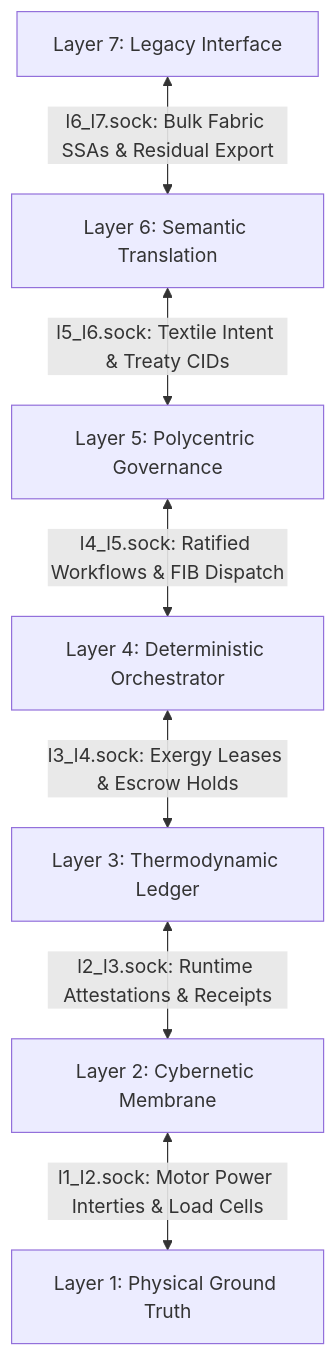
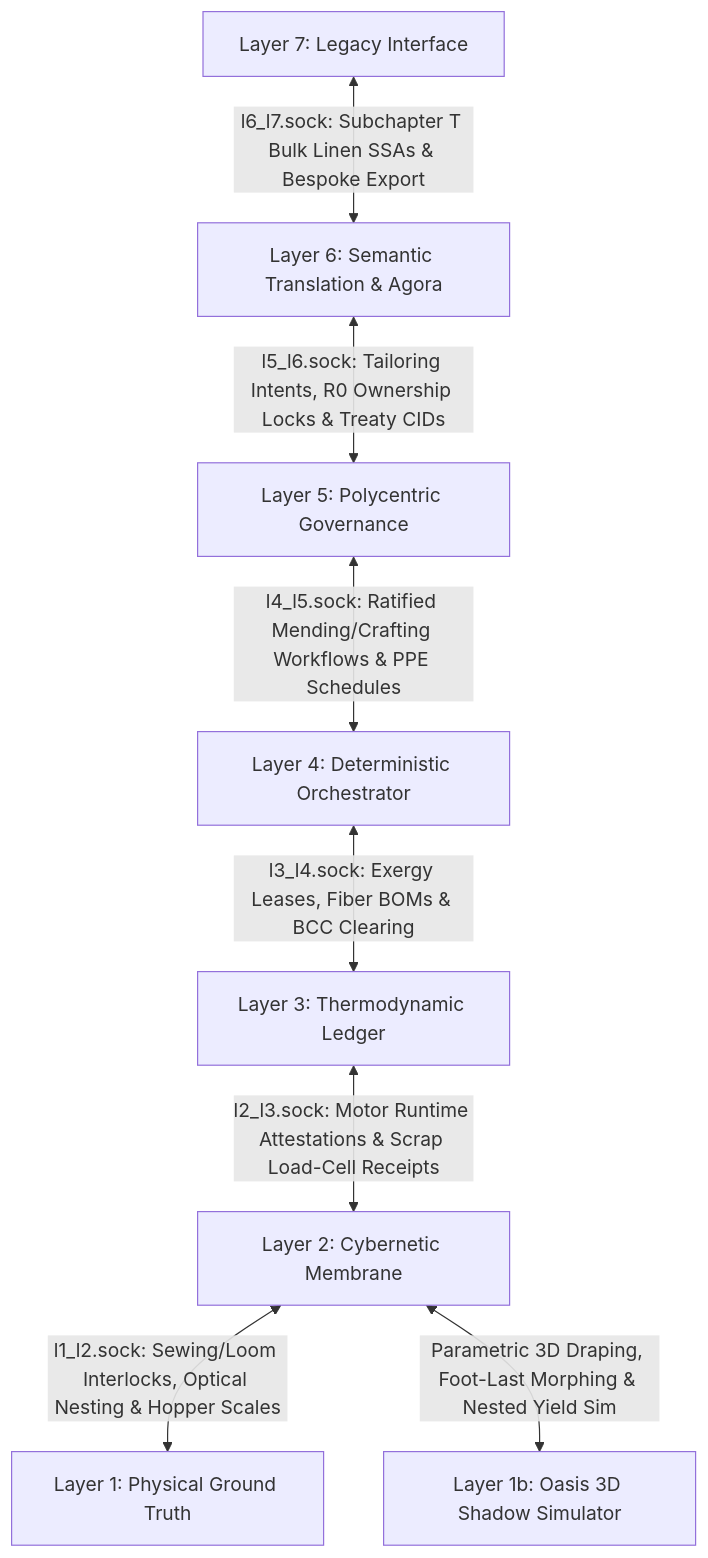
The second of 3 diagrams in docs/scenarios/nu_fashion.md (raffaine/collective), drawn with Mermaid before and after one commit. The commit also changed other lines of this file and 10 other files, not shown here.

````diff
--- a/docs/scenarios/nu_fashion.md
+++ b/docs/scenarios/nu_fashion.md
@@ -39,9 +89,10 @@
 ```mermaid
 graph TD
-    L7[Layer 7: Legacy Interface] <-->|l6_l7.sock: Bulk Fabric SSAs & Residual Export| L6[Layer 6: Semantic Translation]
-    L6 <-->|l5_l6.sock: Textile Intent & Treaty CIDs| L5[Layer 5: Polycentric Governance]
-    L5 <-->|l4_l5.sock: Ratified Workflows & FIB Dispatch| L4[Layer 4: Deterministic Orchestrator]
-    L4 <-->|l3_l4.sock: Exergy Leases & Escrow Holds| L3[Layer 3: Thermodynamic Ledger]
-    L3 <-->|l2_l3.sock: Runtime Attestations & Receipts| L2[Layer 2: Cybernetic Membrane]
-    L2 <-->|l1_l2.sock: Motor Power Interties & Load Cells| L1[Layer 1: Physical Ground Truth]
+    L7[Layer 7: Legacy Interface] <-->|l6_l7.sock: Subchapter T Bulk Linen SSAs & Bespoke Export| L6[Layer 6: Semantic Translation & Agora]
+    L6 <-->|l5_l6.sock: Tailoring Intents, R0 Ownership Locks & Treaty CIDs| L5[Layer 5: Polycentric Governance]
+    L5 <-->|l4_l5.sock: Ratified Mending/Crafting Workflows & PPE Schedules| L4[Layer 4: Deterministic Orchestrator]
+    L4 <-->|l3_l4.sock: Exergy Leases, Fiber BOMs & BCC Clearing| L3[Layer 3: Thermodynamic Ledger]
+    L3 <-->|l2_l3.sock: Motor Runtime Attestations & Scrap Load-Cell Receipts| L2[Layer 2: Cybernetic Membrane]
+    L2 <-->|l1_l2.sock: Sewing/Loom Interlocks, Optical Nesting & Hopper Scales| L1[Layer 1: Physical Ground Truth]
+    L2 <-->|Parametric 3D Draping, Foot-Last Morphing & Nested Yield Sim| L1b[Layer 1b: Oasis 3D Shadow Simulator]
 ```
````
